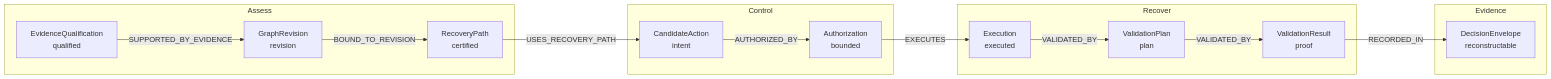
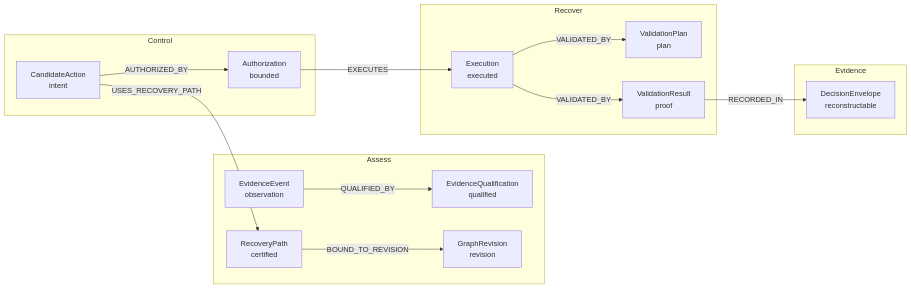
Before and after one commit to fenoch4real/uacrf-unified-adaptive-cloud-resilience-framework: the diagram in design/technical-approach/mermaid/04_recovery_propagation.mmd, drawn with Mermaid. The commit also changed 21 other files, not shown here.

```diff
--- a/design/technical-approach/mermaid/04_recovery_propagation.mmd
+++ b/design/technical-approach/mermaid/04_recovery_propagation.mmd
@@ -1,27 +1,28 @@
 flowchart LR
   %% 04 Recovery Propagation
   subgraph SG0["Assess"]
+    N9["EvidenceEvent<br/>observation"]
     N0["EvidenceQualification<br/>qualified"]
     N1["GraphRevision<br/>revision"]
     N2["RecoveryPath<br/>certified"]
   end
   subgraph SG1["Control"]
     N3["CandidateAction<br/>intent"]
     N4["Authorization<br/>bounded"]
   end
   subgraph SG2["Recover"]
     N5["Execution<br/>executed"]
     N6["ValidationPlan<br/>plan"]
     N7["ValidationResult<br/>proof"]
   end
   subgraph SG3["Evidence"]
     N8["DecisionEnvelope<br/>reconstructable"]
   end
-  N0 -->|SUPPORTED_BY_EVIDENCE| N1
-  N1 -->|BOUND_TO_REVISION| N2
-  N2 -->|USES_RECOVERY_PATH| N3
+  N9 -->|QUALIFIED_BY| N0
+  N2 -->|BOUND_TO_REVISION| N1
+  N3 -->|USES_RECOVERY_PATH| N2
   N3 -->|AUTHORIZED_BY| N4
   N4 -->|EXECUTES| N5
   N5 -->|VALIDATED_BY| N6
-  N6 -->|VALIDATED_BY| N7
+  N5 -->|VALIDATED_BY| N7
   N7 -->|RECORDED_IN| N8
```
